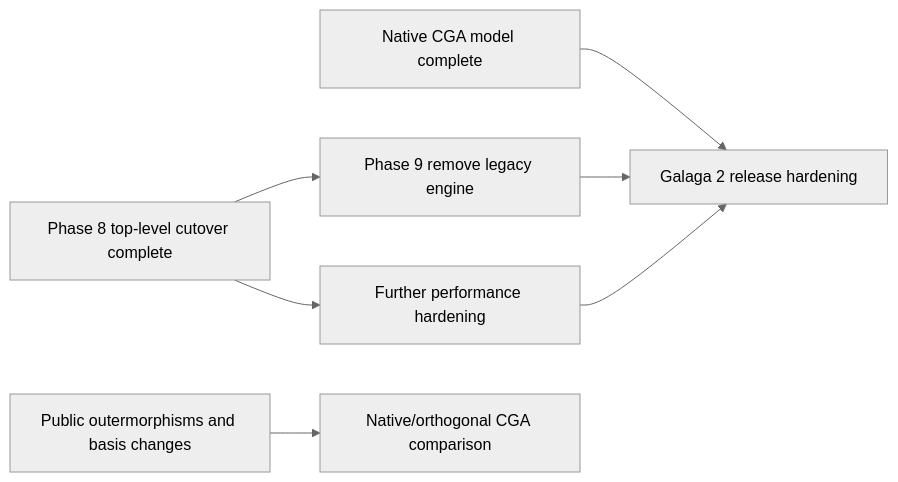
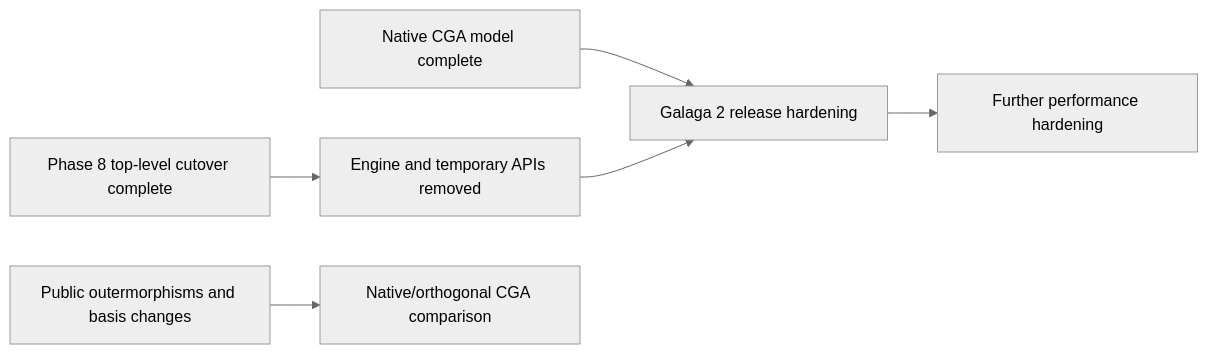
The diagram in docs/v2/galaga-replacement-roadmap.md (edouardp/galaga), drawn with Mermaid (neutral theme) before and after one commit. The commit also changed other lines of this file and 9 other files, not shown here.

````diff
--- a/docs/v2/galaga-replacement-roadmap.md
+++ b/docs/v2/galaga-replacement-roadmap.md
@@ -188,9 +188,8 @@
 ```mermaid
 flowchart LR
-    X[Phase 8 top-level cutover complete] --> R[Phase 9 remove legacy engine]
-    X --> H[Further performance hardening]
+    X[Phase 8 top-level cutover complete] --> R[Engine and temporary APIs removed]
     G[Native CGA model complete] --> Q
     O[Public outermorphisms and basis changes] --> C[Native/orthogonal CGA comparison]
     R --> Q[Galaga 2 release hardening]
-    H --> Q
+    Q --> H[Further performance hardening]
 ```
````
